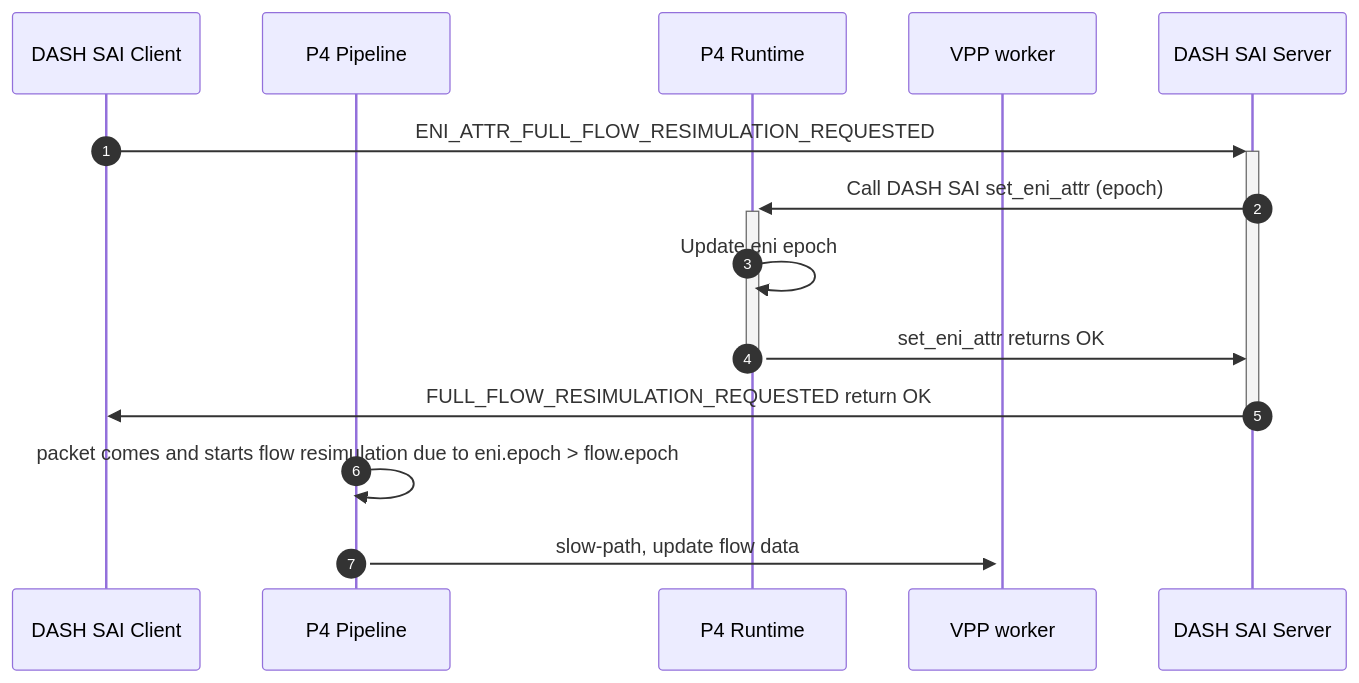
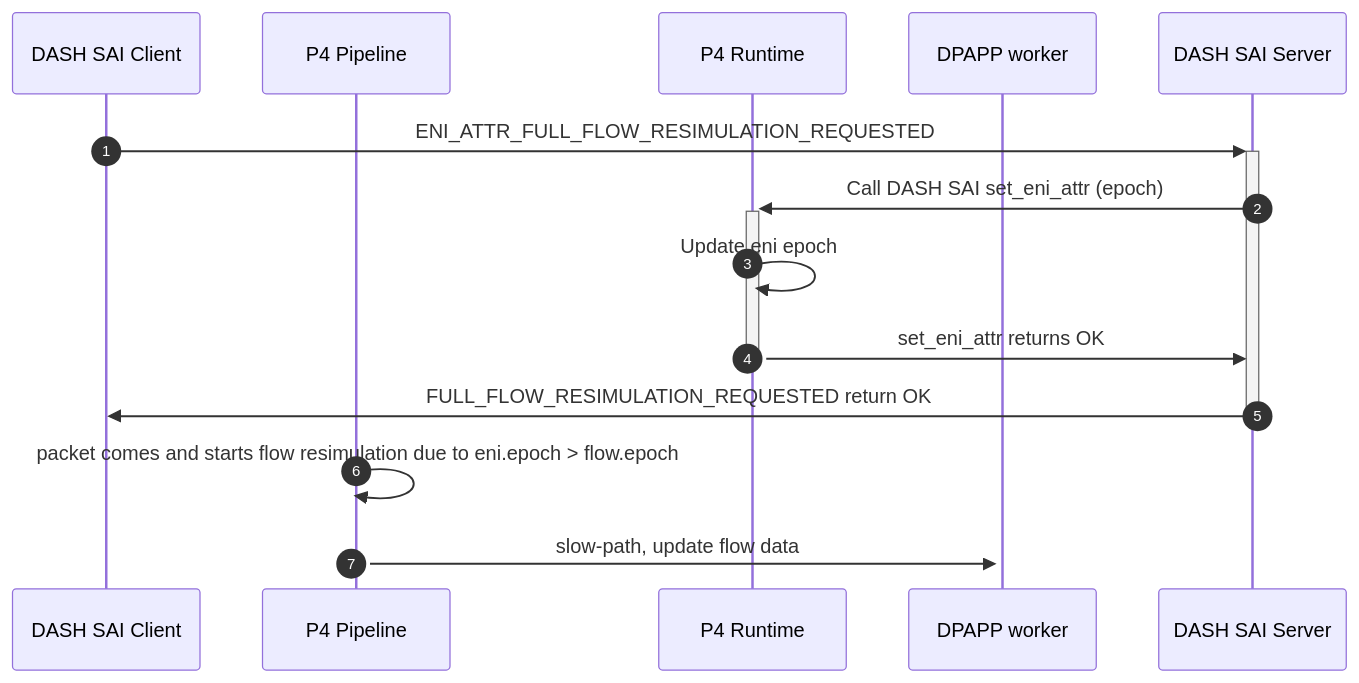
The second of 2 diagrams in documentation/dataplane/dash-bmv2-data-plane-app.md (sonic-net/DASH), drawn with Mermaid before and after one commit. The commit also changed other lines of this file and 2 other files, not shown here.

````diff
--- a/documentation/dataplane/dash-bmv2-data-plane-app.md
+++ b/documentation/dataplane/dash-bmv2-data-plane-app.md
@@ -214,16 +217,16 @@
 ```mermaid
 sequenceDiagram
     participant C as DASH SAI Client
     participant P as P4 Pipeline
     participant R as P4 Runtime
-    participant W as VPP worker
+    participant W as DPAPP worker
     participant S as DASH SAI Server
     autonumber
     C->>+S: ENI_ATTR_FULL_FLOW_RESIMULATION_REQUESTED
     S->>+R: Call DASH SAI set_eni_attr (epoch) 
     R->>R: Update eni epoch
     R->>-S: set_eni_attr returns OK
     S->>-C: FULL_FLOW_RESIMULATION_REQUESTED return OK
     P->>+P: packet comes and starts flow resimulation due to eni.epoch > flow.epoch
     P->>+W: slow-path, update flow data
 ```
````
